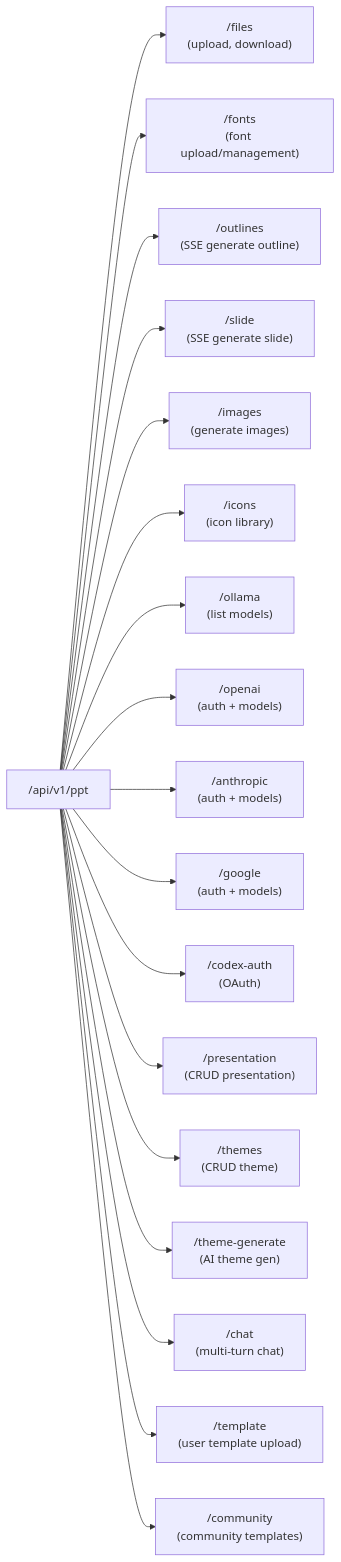
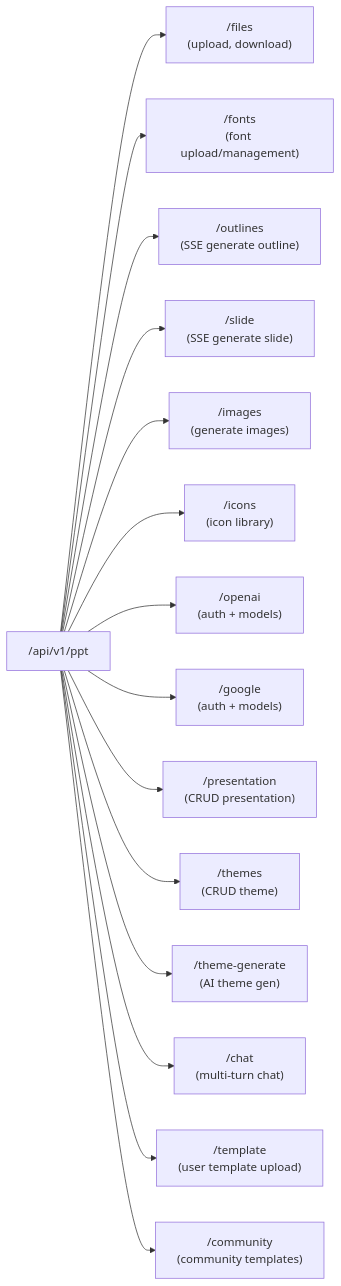
One commit to xuanthai-work/presenton-gapo changed the third of 7 diagrams in docs/architecture/03-level-fastapi.md. Above: the diagram before and after it, drawn with Mermaid. The commit also changed other lines of this file and 120 other files, not shown here.

````diff
--- a/docs/architecture/03-level-fastapi.md
+++ b/docs/architecture/03-level-fastapi.md
@@ -127,22 +123,19 @@
 ```mermaid
 graph LR
     Ppt["/api/v1/ppt"]
 
     Ppt --> Files["/files<br/>(upload, download)"]
     Ppt --> Fonts["/fonts<br/>(font upload/management)"]
     Ppt --> Outlines["/outlines<br/>(SSE generate outline)"]
     Ppt --> Slide["/slide<br/>(SSE generate slide)"]
     Ppt --> Images["/images<br/>(generate images)"]
     Ppt --> Icons["/icons<br/>(icon library)"]
-    Ppt --> Ollama["/ollama<br/>(list models)"]
     Ppt --> OpenAI["/openai<br/>(auth + models)"]
-    Ppt --> Anthropic["/anthropic<br/>(auth + models)"]
     Ppt --> Google["/google<br/>(auth + models)"]
-    Ppt --> Codex["/codex-auth<br/>(OAuth)"]
     Ppt --> Presentation["/presentation<br/>(CRUD presentation)"]
     Ppt --> Themes["/themes<br/>(CRUD theme)"]
     Ppt --> ThemeGen["/theme-generate<br/>(AI theme gen)"]
     Ppt --> Chat["/chat<br/>(multi-turn chat)"]
     Ppt --> Template["/template<br/>(user template upload)"]
     Ppt --> Community["/community<br/>(community templates)"]
 ```
````
